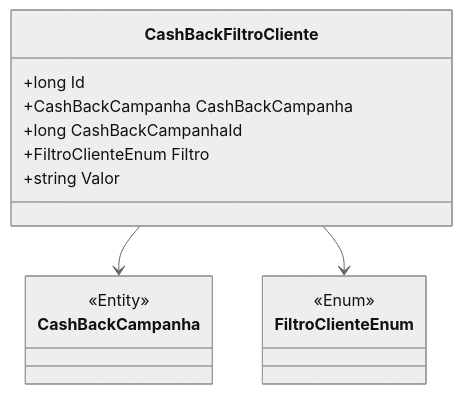
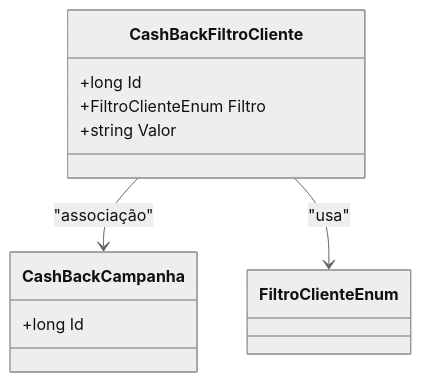
The diagram in docs/b2b-dominio/IsthmusWinthor.Nucleo/IsthmusWinthor.Dominio/Entidades/CashBackFiltroCliente.md (IsthmusSistemas/documentacao-tecnica), drawn with Mermaid (neutral theme) before and after one commit. The commit also changed other lines of this file and 882 other files, not shown here.

````diff
--- a/docs/b2b-dominio/IsthmusWinthor.Nucleo/IsthmusWinthor.Dominio/Entidades/CashBackFiltroCliente.md
+++ b/docs/b2b-dominio/IsthmusWinthor.Nucleo/IsthmusWinthor.Dominio/Entidades/CashBackFiltroCliente.md
@@ -21,19 +21,13 @@
 ```mermaid
 classDiagram
     class CashBackFiltroCliente {
         +long Id
-        +CashBackCampanha CashBackCampanha
-        +long CashBackCampanhaId
         +FiltroClienteEnum Filtro
         +string Valor
     }
     class CashBackCampanha {
-        <<Entity>>
+        +long Id
     }
-    class FiltroClienteEnum {
-        <<Enum>>
-    }
-
-    CashBackFiltroCliente --> CashBackCampanha
-    CashBackFiltroCliente --> FiltroClienteEnum
+    CashBackFiltroCliente --> CashBackCampanha : "associação"
+    CashBackFiltroCliente --> FiltroClienteEnum : "usa"
 ```
````
